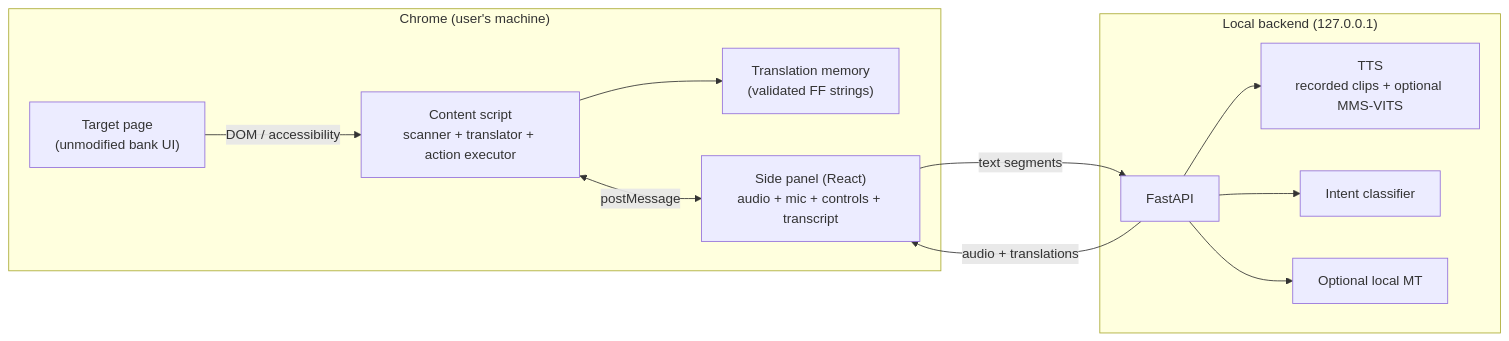
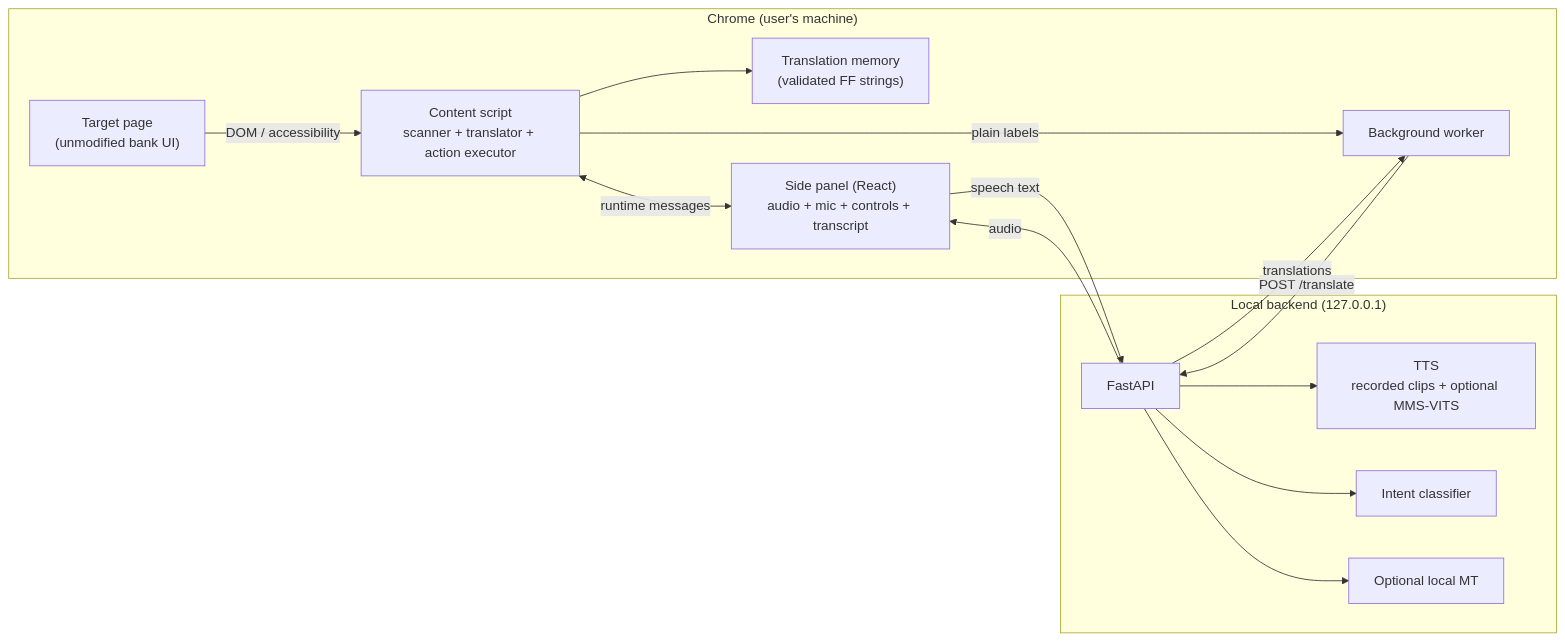
The diagram in docs/ARCHITECTURE.md (Zeusse-Neumbi/z-team-fulfulde), drawn with Mermaid before and after one commit. The commit also changed other lines of this file and 68 other files, not shown here.

````diff
--- a/docs/ARCHITECTURE.md
+++ b/docs/ARCHITECTURE.md
@@ -5,25 +5,28 @@
 ```mermaid
 flowchart LR
   subgraph Browser["Chrome (user's machine)"]
     P["Target page<br/>(unmodified bank UI)"]
     CS["Content script<br/>scanner + translator + action executor"]
     TM["Translation memory<br/>(validated FF strings)"]
     SP["Side panel (React)<br/>audio + mic + controls + transcript"]
     P -->|DOM / accessibility| CS
     CS --> TM
-    CS <-->|postMessage| SP
+    CS <-->|runtime messages| SP
+    CS -->|plain labels| BG["Background worker"]
   end
 
   subgraph Local["Local backend (127.0.0.1)"]
     API["FastAPI"]
     TTS["TTS<br/>recorded clips + optional MMS-VITS"]
     ASR["Intent classifier"]
     MT["Optional local MT"]
     API --> TTS
     API --> ASR
     API --> MT
   end
 
-  SP -->|text segments| API
-  API -->|audio + translations| SP
+  BG -->|POST /translate| API
+  SP -->|speech text| API
+  API -->|audio| SP
+  API -->|translations| BG
 ```
````
